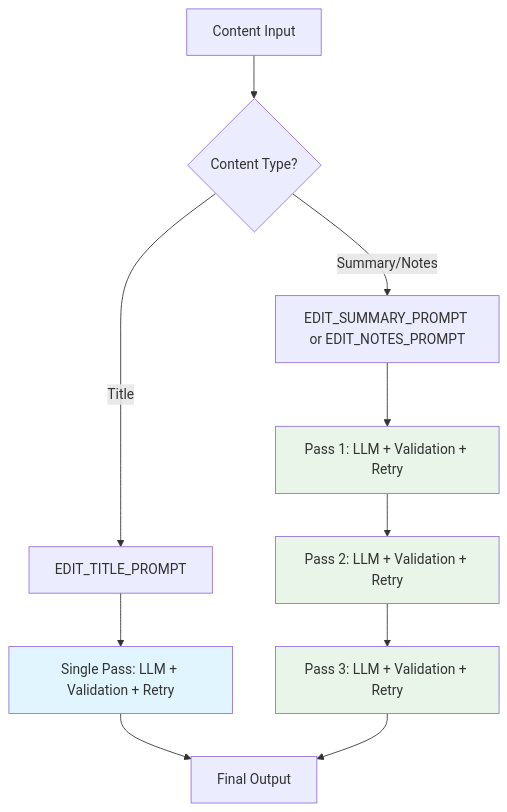
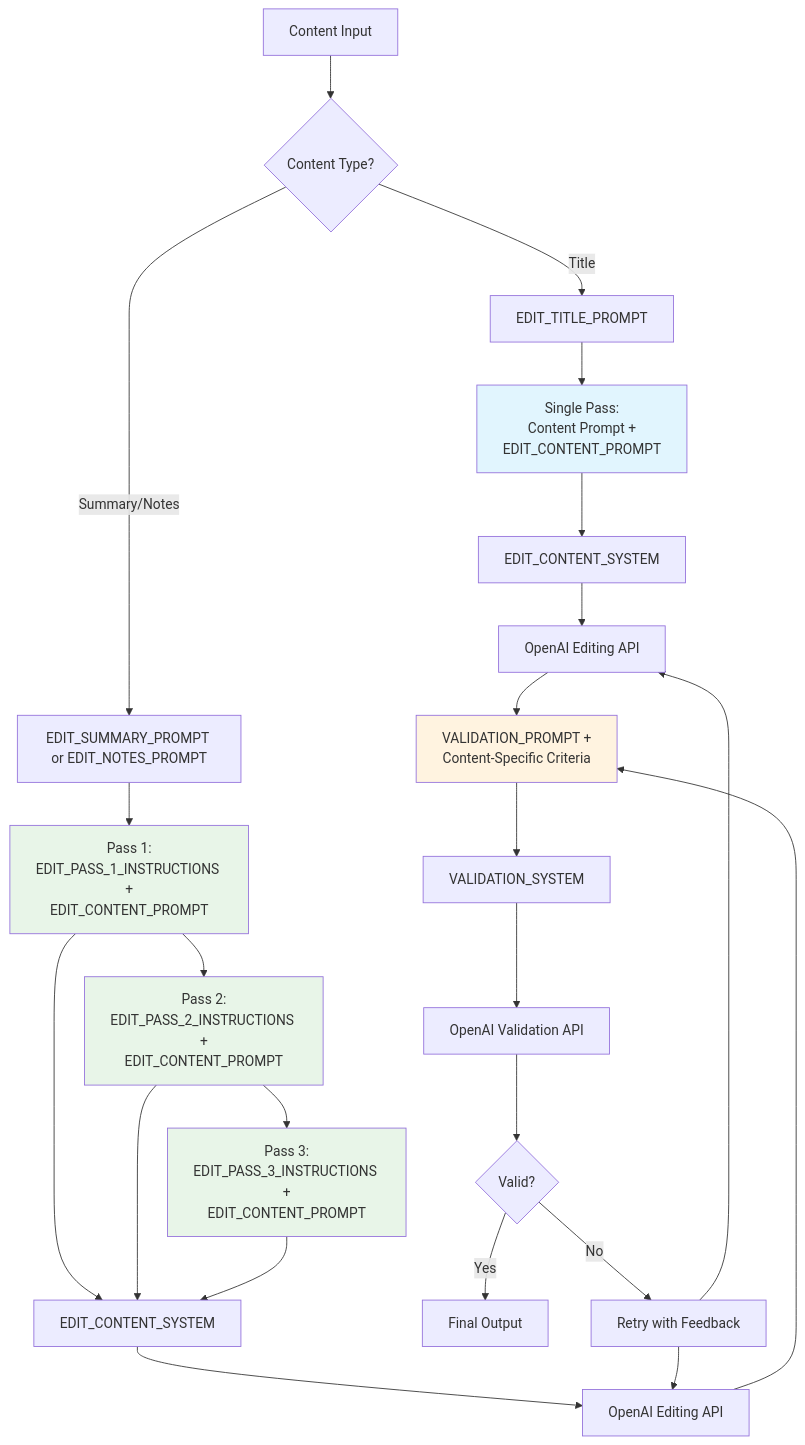
One commit to validmind/release-notes changed the diagram in README.md. Above: the diagram before and after it, drawn with Mermaid. The commit also changed 1 other file, not shown here.

Commit message:
Fix mermaid diagram, again

````diff
--- a/README.md
+++ b/README.md
@@ -38,19 +38,37 @@
 ```mermaid
 graph TD
     A[Content Input] --> B{Content Type?}
     B -->|Title| C[EDIT_TITLE_PROMPT]
     B -->|Summary/Notes| D[EDIT_SUMMARY_PROMPT or EDIT_NOTES_PROMPT]
     
-    C --> E[Single Pass: LLM + Validation + Retry]
-    D --> F[Pass 1: LLM + Validation + Retry]
-    F --> G[Pass 2: LLM + Validation + Retry] 
-    G --> H[Pass 3: LLM + Validation + Retry]
+    C --> E["Single Pass:<br/>Content Prompt +<br/>EDIT_CONTENT_PROMPT"]
+    D --> F["Pass 1:<br/>EDIT_PASS_1_INSTRUCTIONS +<br/>EDIT_CONTENT_PROMPT"]
+    F --> G["Pass 2:<br/>EDIT_PASS_2_INSTRUCTIONS +<br/>EDIT_CONTENT_PROMPT"] 
+    G --> H["Pass 3:<br/>EDIT_PASS_3_INSTRUCTIONS +<br/>EDIT_CONTENT_PROMPT"]
     
-    E --> I[Final Output]
-    H --> I
+    E --> I[EDIT_CONTENT_SYSTEM]
+    F --> J[EDIT_CONTENT_SYSTEM]
+    G --> J
+    H --> J
+    
+    I --> K[OpenAI Editing API]
+    J --> L[OpenAI Editing API]
+    
+    K --> M["VALIDATION_PROMPT +<br/>Content-Specific Criteria"]
+    L --> M
+    
+    M --> N[VALIDATION_SYSTEM]
+    N --> O[OpenAI Validation API]
+    
+    O --> P{Valid?}
+    P -->|Yes| Q[Final Output]
+    P -->|No| R[Retry with Feedback]
+    R --> K
+    R --> L
     
     style E fill:#e1f5fe
     style F fill:#e8f5e8
     style G fill:#e8f5e8
     style H fill:#e8f5e8
+    style M fill:#fff3e0
 ```
````
